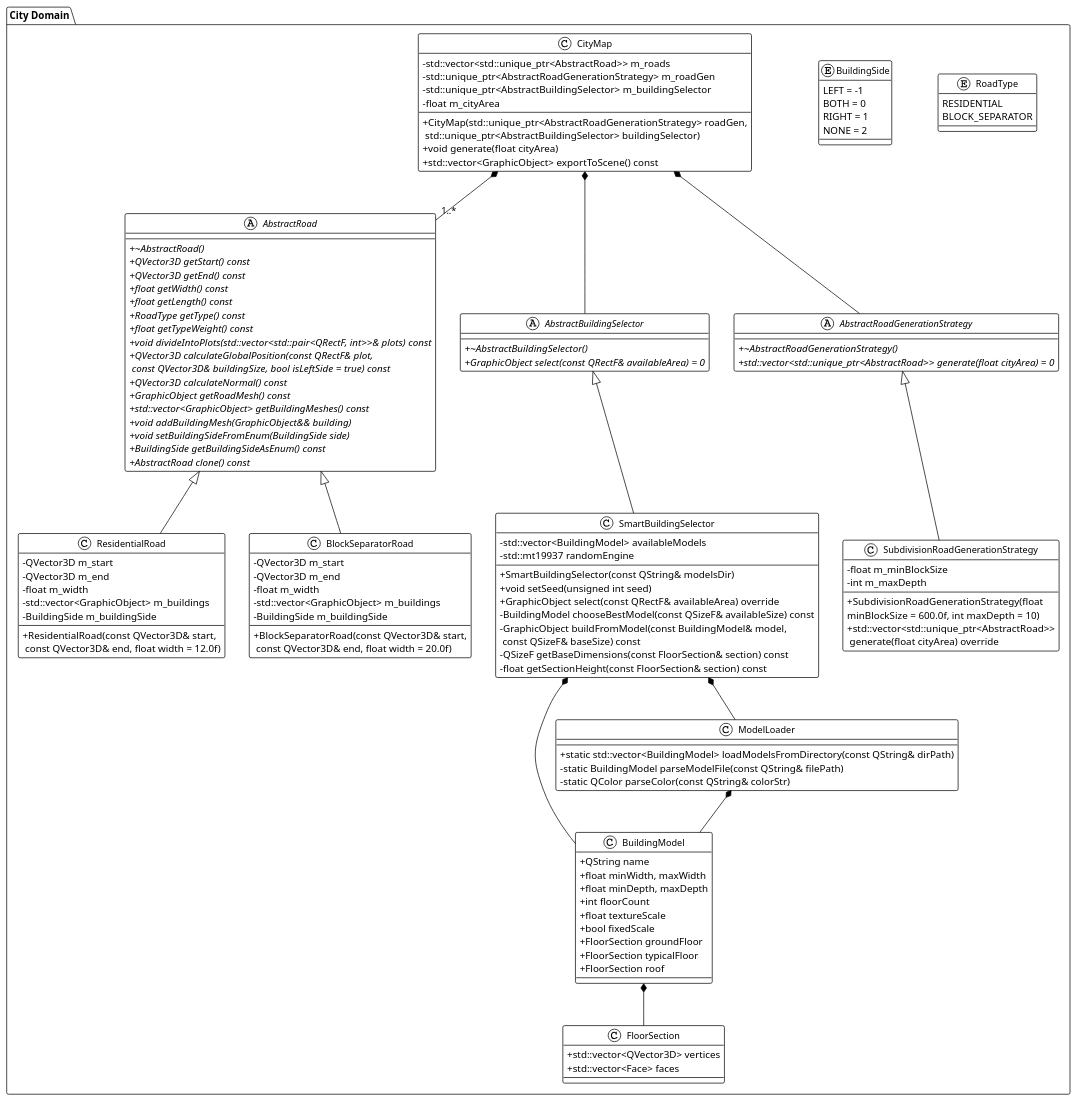
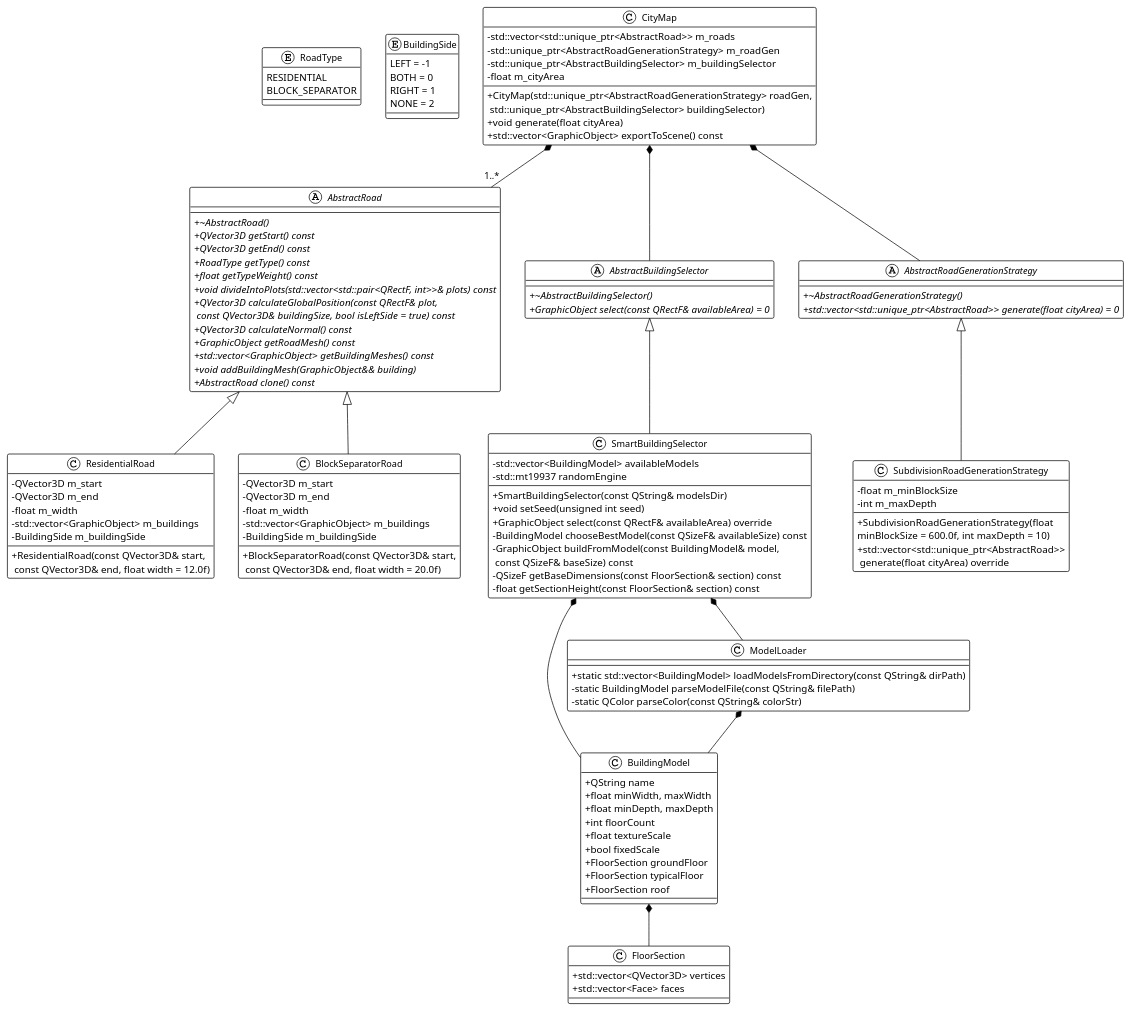
One commit to Mikhanick/courseCG changed the diagram in report/src/images/plantuml/CityClassDiagram.plantuml. Above: the diagram before and after it, drawn with PlantUML. The commit also changed 22 other files, not shown here.

```diff
--- a/report/src/images/plantuml/CityClassDiagram.plantuml
+++ b/report/src/images/plantuml/CityClassDiagram.plantuml
@@ -1,145 +1,138 @@
 @startuml
 !theme plain
 skinparam classFontSize 13
 skinparam classAttributeIconSize 0
 
-package "City Domain" {
-
-    ' Enums
-    enum RoadType {
-        RESIDENTIAL
-        BLOCK_SEPARATOR
-    }
-
-    enum BuildingSide {
-        LEFT = -1
-        BOTH = 0
-        RIGHT = 1
-        NONE = 2
-    }
-
-    ' Abstract base classes
-    abstract class AbstractRoad {
-        +{abstract} ~AbstractRoad()
-        +{abstract} QVector3D getStart() const
-        +{abstract} QVector3D getEnd() const
-        +{abstract} float getWidth() const
-        +{abstract} float getLength() const
-        +{abstract} RoadType getType() const
-        +{abstract} float getTypeWeight() const
-        +{abstract} void divideIntoPlots(std::vector<std::pair<QRectF, int>>& plots) const
-        +{abstract} QVector3D calculateGlobalPosition(const QRectF& plot, \n const QVector3D& buildingSize, bool isLeftSide = true) const
-        +{abstract} QVector3D calculateNormal() const
-        +{abstract} GraphicObject getRoadMesh() const
-        +{abstract} std::vector<GraphicObject> getBuildingMeshes() const
-        +{abstract} void addBuildingMesh(GraphicObject&& building)
-        +{abstract} void setBuildingSideFromEnum(BuildingSide side)
-        +{abstract} BuildingSide getBuildingSideAsEnum() const
-        +{abstract} AbstractRoad clone() const
-    }
-
-    Abstract AbstractBuildingSelector {
-        +{abstract} ~AbstractBuildingSelector()
-        +{abstract} GraphicObject select(const QRectF& availableArea) = 0
-    }
-
-    Abstract AbstractRoadGenerationStrategy {
-        +{abstract} ~AbstractRoadGenerationStrategy()
-        +{abstract} std::vector<std::unique_ptr<AbstractRoad>> generate(float cityArea) = 0
-    }
-
-    ' Road implementations
-    class ResidentialRoad {
-        -QVector3D m_start
-        -QVector3D m_end
-        -float m_width
-        -std::vector<GraphicObject> m_buildings
-        -BuildingSide m_buildingSide
-        +ResidentialRoad(const QVector3D& start,\n const QVector3D& end, float width = 12.0f)
-    }
-
-    class BlockSeparatorRoad {
-        -QVector3D m_start
-        -QVector3D m_end
-        -float m_width
-        -std::vector<GraphicObject> m_buildings
-        -BuildingSide m_buildingSide
-        +BlockSeparatorRoad(const QVector3D& start,\n const QVector3D& end, float width = 20.0f)
-    }
-
-    ' Building selector implementations
-
-    class SmartBuildingSelector {
-        -std::vector<BuildingModel> availableModels
-        -std::mt19937 randomEngine
-        +SmartBuildingSelector(const QString& modelsDir)
-        +void setSeed(unsigned int seed)
-        +GraphicObject select(const QRectF& availableArea) override
-        -BuildingModel chooseBestModel(const QSizeF& availableSize) const
-        -GraphicObject buildFromModel(const BuildingModel& model,\n const QSizeF& baseSize) const
-        -QSizeF getBaseDimensions(const FloorSection& section) const
-        -float getSectionHeight(const FloorSection& section) const
-    }
-
-    ' Road generation strategy implementations
-
-    class SubdivisionRoadGenerationStrategy {
-        -float m_minBlockSize
-        -int m_maxDepth
-        +SubdivisionRoadGenerationStrategy(float \nminBlockSize = 600.0f, int maxDepth = 10)
-        +std::vector<std::unique_ptr<AbstractRoad>>\n generate(float cityArea) override
-    }
-
-    ' Core classes
-    class CityMap {
-        -std::vector<std::unique_ptr<AbstractRoad>> m_roads
-        -std::unique_ptr<AbstractRoadGenerationStrategy> m_roadGen
-        -std::unique_ptr<AbstractBuildingSelector> m_buildingSelector
-        -float m_cityArea
-        +CityMap(std::unique_ptr<AbstractRoadGenerationStrategy> roadGen,\n std::unique_ptr<AbstractBuildingSelector> buildingSelector)
-        +void generate(float cityArea)
-        +std::vector<GraphicObject> exportToScene() const
-    }
-
-    ' Model classes
-    class BuildingModel {
-        +QString name
-        +float minWidth, maxWidth
-        +float minDepth, maxDepth
-        +int floorCount
-        +float textureScale
-        +bool fixedScale
-        +FloorSection groundFloor
-        +FloorSection typicalFloor
-        +FloorSection roof
-    }
-
-    class FloorSection {
-        +std::vector<QVector3D> vertices
-        +std::vector<Face> faces
-    }
-
-    class ModelLoader {
-        +static std::vector<BuildingModel> loadModelsFromDirectory(const QString& dirPath)
-        -static BuildingModel parseModelFile(const QString& filePath)
-        -static QColor parseColor(const QString& colorStr)
-    }
-
-    ' Relationships
-    AbstractRoad <|-- ResidentialRoad
-    AbstractRoad <|-- BlockSeparatorRoad
-    AbstractBuildingSelector <|-- SmartBuildingSelector
-    AbstractRoadGenerationStrategy <|-- SubdivisionRoadGenerationStrategy
-
-    CityMap *-- AbstractRoadGenerationStrategy
-    CityMap *-- AbstractBuildingSelector
-    CityMap *-- "1..*" AbstractRoad
-
-    SmartBuildingSelector *-- ModelLoader
-    SmartBuildingSelector *-- BuildingModel
-    ModelLoader *-- BuildingModel
-
-    BuildingModel *-- FloorSection
+' Enums
+enum RoadType {
+    RESIDENTIAL
+    BLOCK_SEPARATOR
 }
 
+enum BuildingSide {
+    LEFT = -1
+    BOTH = 0
+    RIGHT = 1
+    NONE = 2
+}
+
+' Abstract base classes
+abstract class AbstractRoad {
+    +{abstract} ~AbstractRoad()
+    +{abstract} QVector3D getStart() const
+    +{abstract} QVector3D getEnd() const
+    +{abstract} RoadType getType() const
+    +{abstract} float getTypeWeight() const
+    +{abstract} void divideIntoPlots(std::vector<std::pair<QRectF, int>>& plots) const
+    +{abstract} QVector3D calculateGlobalPosition(const QRectF& plot, \n const QVector3D& buildingSize, bool isLeftSide = true) const
+    +{abstract} QVector3D calculateNormal() const
+    +{abstract} GraphicObject getRoadMesh() const
+    +{abstract} std::vector<GraphicObject> getBuildingMeshes() const
+    +{abstract} void addBuildingMesh(GraphicObject&& building)
+    +{abstract} AbstractRoad clone() const
+}
+
+Abstract AbstractBuildingSelector {
+    +{abstract} ~AbstractBuildingSelector()
+    +{abstract} GraphicObject select(const QRectF& availableArea) = 0
+}
+
+Abstract AbstractRoadGenerationStrategy {
+    +{abstract} ~AbstractRoadGenerationStrategy()
+    +{abstract} std::vector<std::unique_ptr<AbstractRoad>> generate(float cityArea) = 0
+}
+
+' Road implementations
+class ResidentialRoad {
+    -QVector3D m_start
+    -QVector3D m_end
+    -float m_width
+    -std::vector<GraphicObject> m_buildings
+    -BuildingSide m_buildingSide
+    +ResidentialRoad(const QVector3D& start,\n const QVector3D& end, float width = 12.0f)
+}
+
+class BlockSeparatorRoad {
+    -QVector3D m_start
+    -QVector3D m_end
+    -float m_width
+    -std::vector<GraphicObject> m_buildings
+    -BuildingSide m_buildingSide
+    +BlockSeparatorRoad(const QVector3D& start,\n const QVector3D& end, float width = 20.0f)
+}
+
+' Building selector implementations
+
+class SmartBuildingSelector {
+    -std::vector<BuildingModel> availableModels
+    -std::mt19937 randomEngine
+    +SmartBuildingSelector(const QString& modelsDir)
+    +void setSeed(unsigned int seed)
+    +GraphicObject select(const QRectF& availableArea) override
+    -BuildingModel chooseBestModel(const QSizeF& availableSize) const
+    -GraphicObject buildFromModel(const BuildingModel& model,\n const QSizeF& baseSize) const
+    -QSizeF getBaseDimensions(const FloorSection& section) const
+    -float getSectionHeight(const FloorSection& section) const
+}
+
+' Road generation strategy implementations
+
+class SubdivisionRoadGenerationStrategy {
+    -float m_minBlockSize
+    -int m_maxDepth
+    +SubdivisionRoadGenerationStrategy(float \nminBlockSize = 600.0f, int maxDepth = 10)
+    +std::vector<std::unique_ptr<AbstractRoad>>\n generate(float cityArea) override
+}
+
+' Core classes
+class CityMap {
+    -std::vector<std::unique_ptr<AbstractRoad>> m_roads
+    -std::unique_ptr<AbstractRoadGenerationStrategy> m_roadGen
+    -std::unique_ptr<AbstractBuildingSelector> m_buildingSelector
+    -float m_cityArea
+    +CityMap(std::unique_ptr<AbstractRoadGenerationStrategy> roadGen,\n std::unique_ptr<AbstractBuildingSelector> buildingSelector)
+    +void generate(float cityArea)
+    +std::vector<GraphicObject> exportToScene() const
+}
+
+' Model classes
+class BuildingModel {
+    +QString name
+    +float minWidth, maxWidth
+    +float minDepth, maxDepth
+    +int floorCount
+    +float textureScale
+    +bool fixedScale
+    +FloorSection groundFloor
+    +FloorSection typicalFloor
+    +FloorSection roof
+}
+
+class FloorSection {
+    +std::vector<QVector3D> vertices
+    +std::vector<Face> faces
+}
+
+class ModelLoader {
+    +static std::vector<BuildingModel> loadModelsFromDirectory(const QString& dirPath)
+    -static BuildingModel parseModelFile(const QString& filePath)
+    -static QColor parseColor(const QString& colorStr)
+}
+
+' Relationships
+AbstractRoad <|-- ResidentialRoad
+AbstractRoad <|-- BlockSeparatorRoad
+AbstractBuildingSelector <|-- SmartBuildingSelector
+AbstractRoadGenerationStrategy <|-- SubdivisionRoadGenerationStrategy
+
+CityMap *-- AbstractRoadGenerationStrategy
+CityMap *-- AbstractBuildingSelector
+CityMap *-- "1..*" AbstractRoad
+
+SmartBuildingSelector *-- ModelLoader
+SmartBuildingSelector *-- BuildingModel
+ModelLoader *-- BuildingModel
+
+BuildingModel *-- FloorSection
+
 @enduml
```
